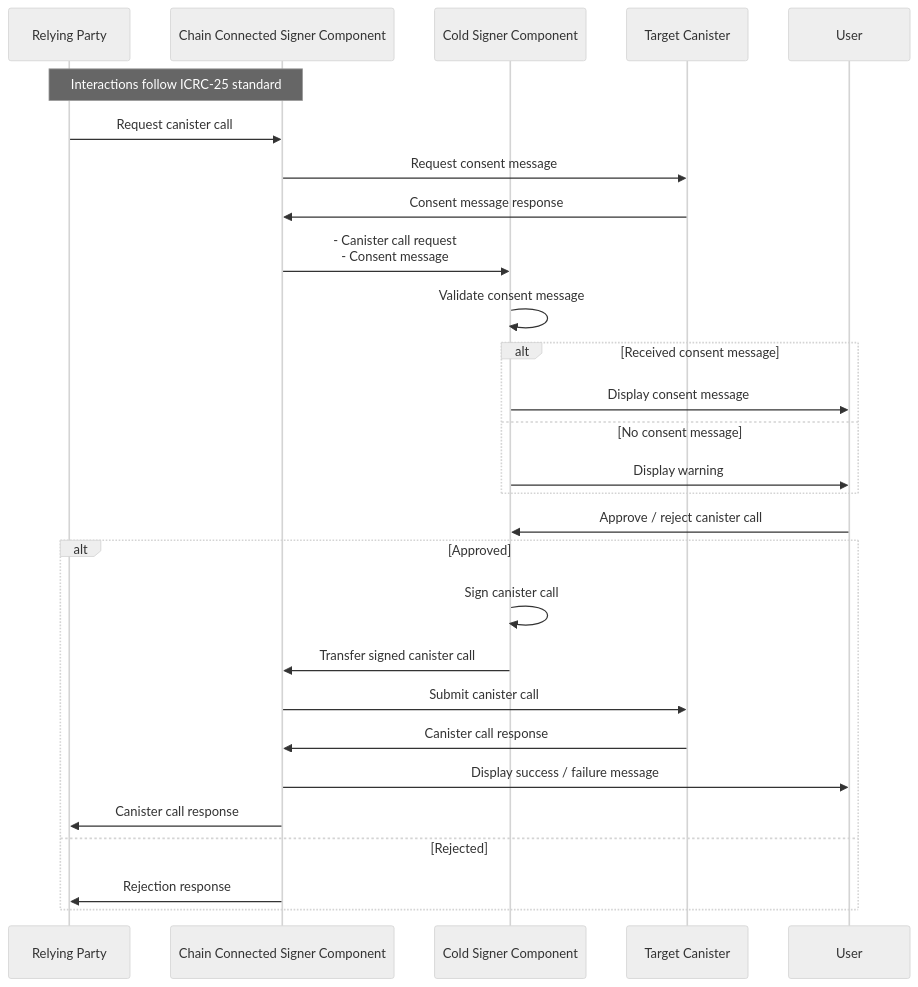
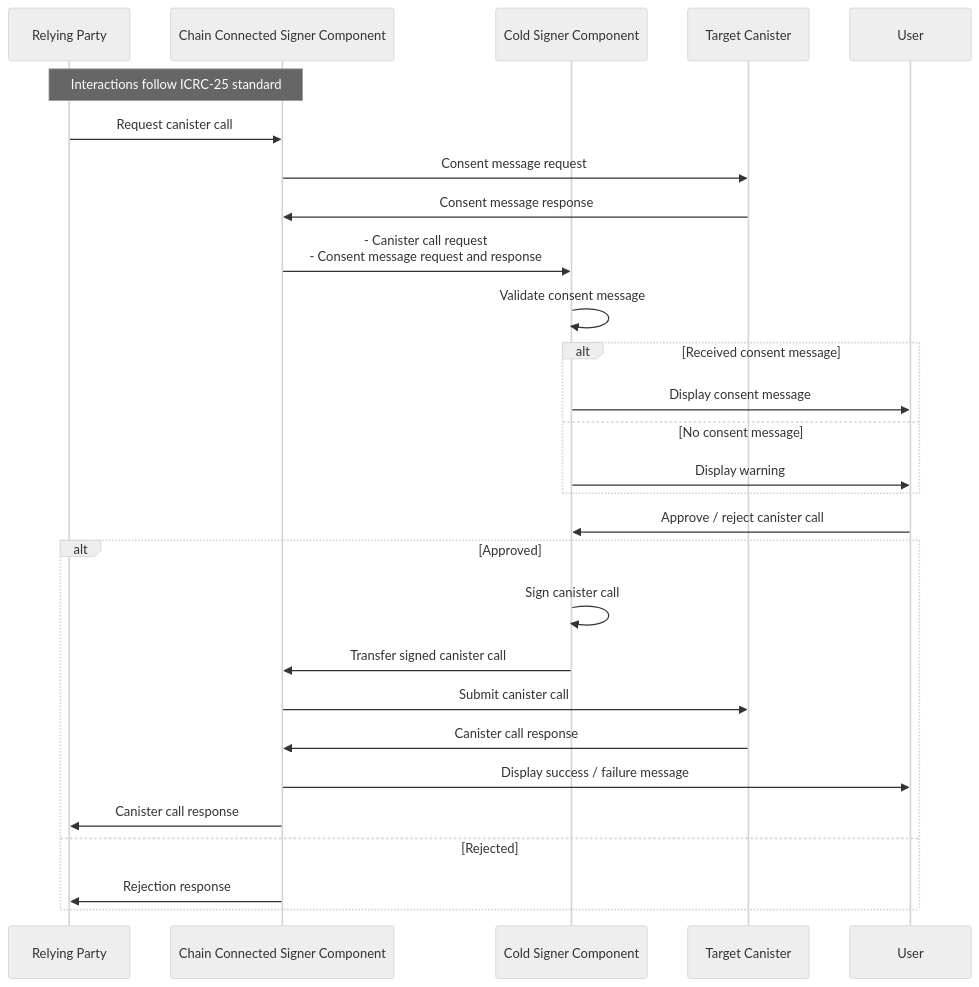
One commit to dfinity/wg-identity-authentication changed the second of 2 diagrams in topics/icrc_21_consent_msg.md. Above: the diagram before and after it, drawn with Mermaid (neutral theme). The commit also changed other lines of this file, not shown here.

First line of the commit message:
ICRC-21: Fix error in consent message validation

````diff
--- a/topics/icrc_21_consent_msg.md
+++ b/topics/icrc_21_consent_msg.md
@@ -213,31 +214,31 @@
 ```mermaid
 sequenceDiagram
     participant RP as Relying Party
     participant S as Chain Connected Signer Component
     participant CS as Cold Signer Component
     participant T as Target Canister
     participant U as User
 
     Note over RP, S: Interactions follow ICRC-25 standard
     RP ->> S: Request canister call
-    S ->> T: Request consent message
+    S ->> T: Consent message request
     T ->> S: Consent message response
-    S ->> CS: - Canister call request<br>- Consent message
+    S ->> CS: - Canister call request<br>- Consent message request and response
     CS ->> CS: Validate consent message
     alt Received consent message
         CS ->> U: Display consent message
     else No consent message
         CS ->> U: Display warning
     end
     U ->> CS: Approve / reject canister call
     alt Approved
     CS ->> CS: Sign canister call
     CS ->> S: Transfer signed canister call
     S ->> T: Submit canister call
     T ->> S: Canister call response
     S ->> U: Display success / failure message
     S ->> RP: Canister call response
     else Rejected
     S ->> RP: Rejection response
     end
 ```
````
